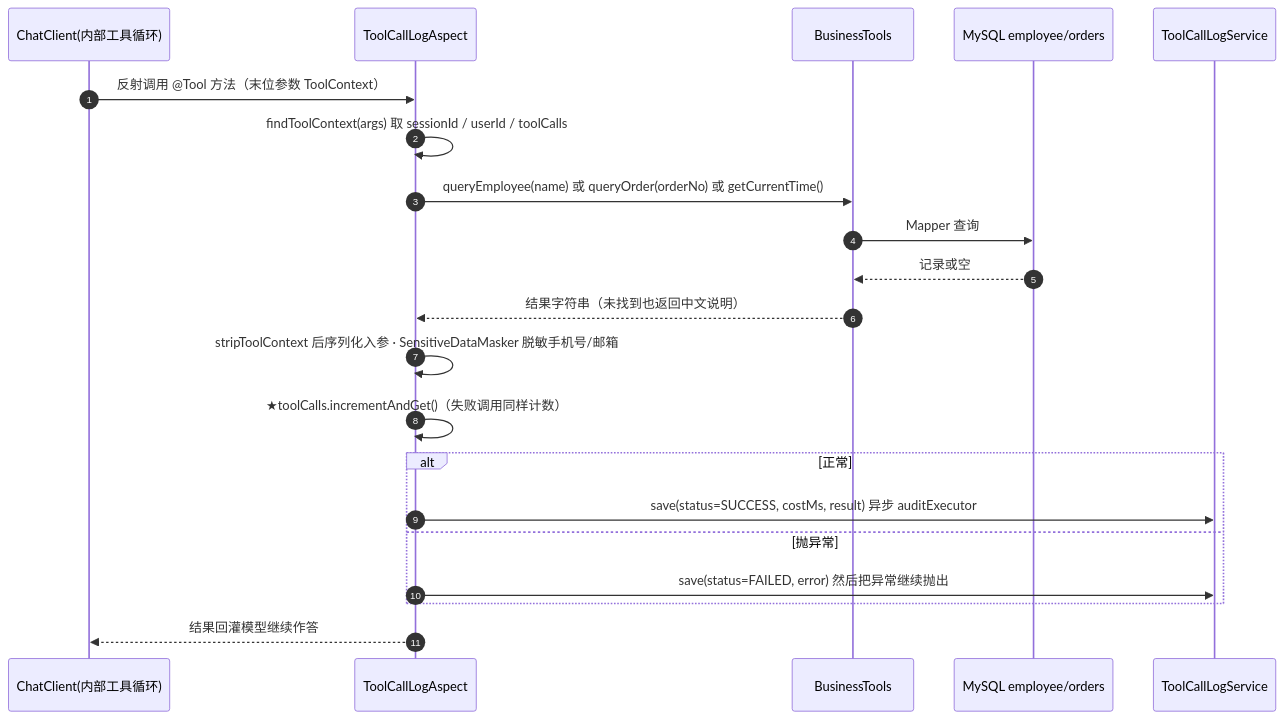
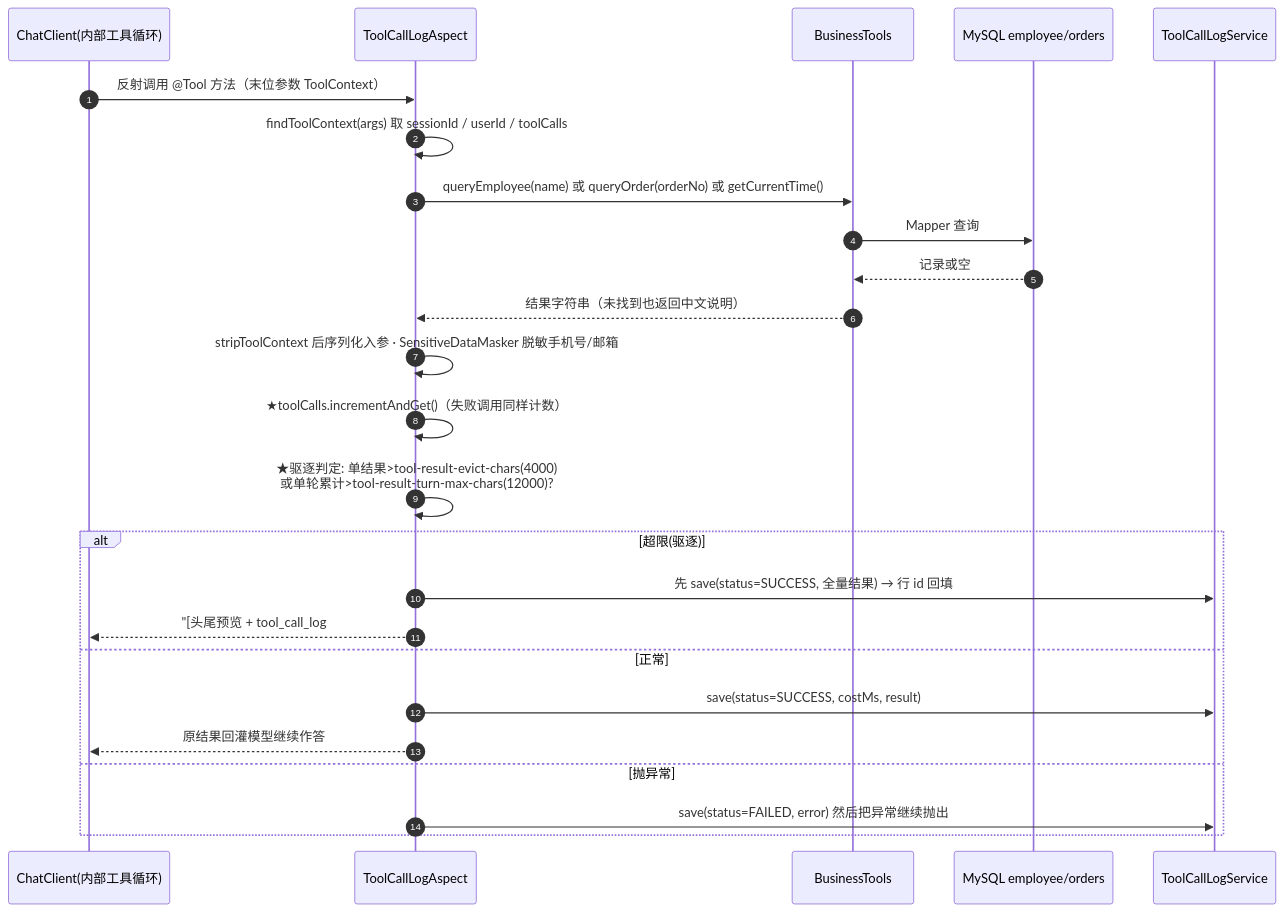
Diagram 14 of 20 in docs/flow-map.md (suiyile02/cc-ai-agent), drawn with Mermaid before and after one commit. The commit also changed other lines of this file and 23 other files, not shown here.

````diff
--- a/docs/flow-map.md
+++ b/docs/flow-map.md
@@ -532,24 +532,28 @@
 ```mermaid
 sequenceDiagram
     autonumber
     participant CL as ChatClient(内部工具循环)
     participant AO as ToolCallLogAspect
     participant BT as BusinessTools
     participant DB as MySQL employee/orders
     participant TL as ToolCallLogService
 
     CL->>AO: 反射调用 @Tool 方法（末位参数 ToolContext）
     AO->>AO: findToolContext(args) 取 sessionId / userId / toolCalls
     AO->>BT: queryEmployee(name) 或 queryOrder(orderNo) 或 getCurrentTime()
     BT->>DB: Mapper 查询
     DB-->>BT: 记录或空
     BT-->>AO: 结果字符串（未找到也返回中文说明）
     AO->>AO: stripToolContext 后序列化入参 · SensitiveDataMasker 脱敏手机号/邮箱
     AO->>AO: ★toolCalls.incrementAndGet()（失败调用同样计数）
-    alt 正常
-        AO->>TL: save(status=SUCCESS, costMs, result) 异步 auditExecutor
+    AO->>AO: ★驱逐判定: 单结果>tool-result-evict-chars(4000)<br/>或单轮累计>tool-result-turn-max-chars(12000)?
+    alt 超限(驱逐)
+        AO->>TL: 先 save(status=SUCCESS, 全量结果) → 行 id 回填
+        AO-->>CL: "[头尾预览 + tool_call_log#id 存档指针]" 回灌模型
+    else 正常
+        AO->>TL: save(status=SUCCESS, costMs, result)
+        AO-->>CL: 原结果回灌模型继续作答
     else 抛异常
         AO->>TL: save(status=FAILED, error) 然后把异常继续抛出
     end
-    AO-->>CL: 结果回灌模型继续作答
 ```
````
